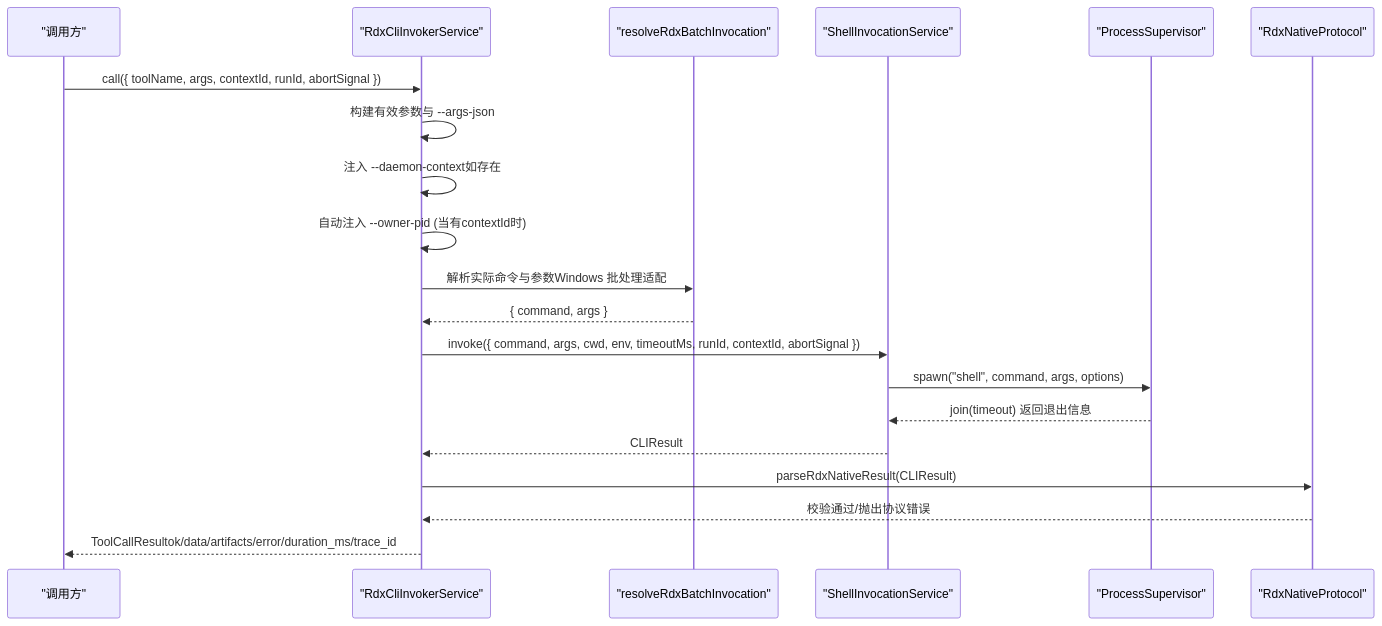
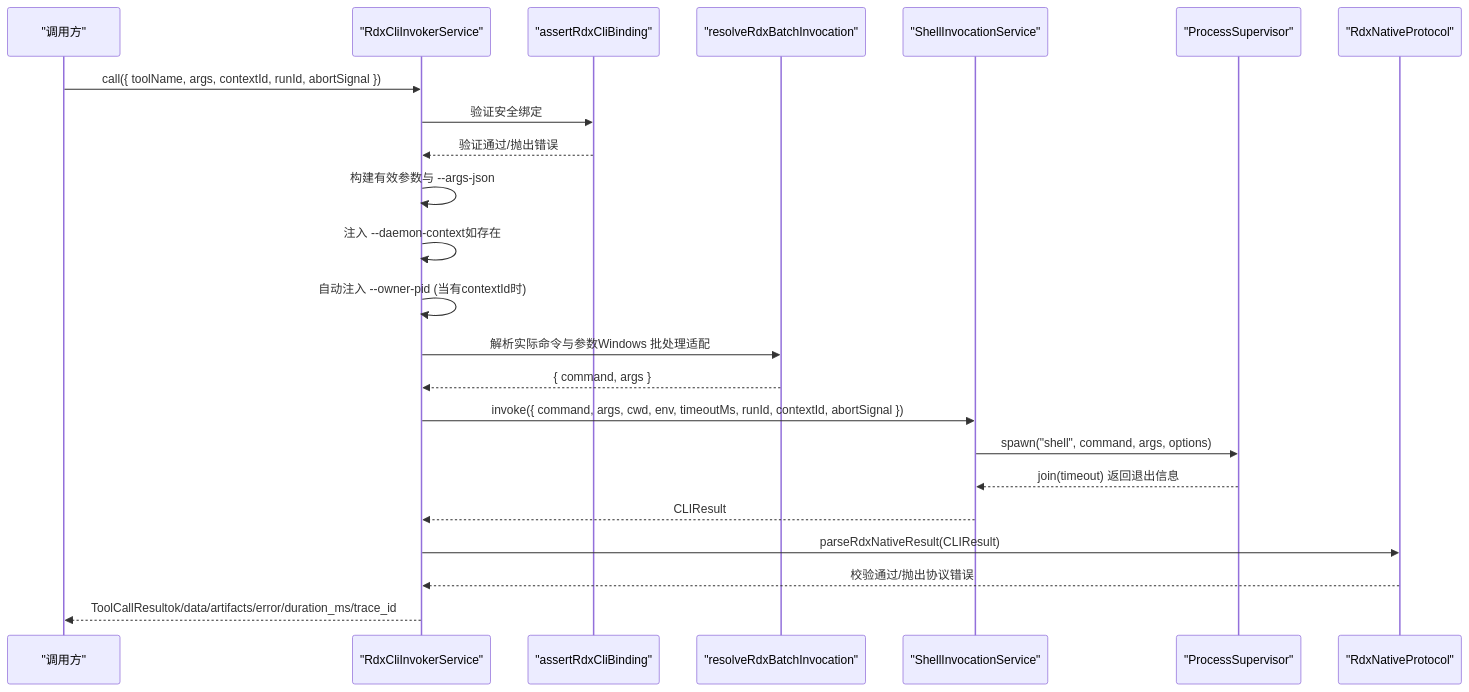
The second of 7 diagrams in .qoder/repowiki/zh/content/核心模块/工具系统/RDX CLI 调用器.md (haolange/RDC-Agent), drawn with Mermaid before and after one commit. The commit also changed other lines of this file and 85 other files, not shown here.

````diff
--- a/.qoder/repowiki/zh/content/核心模块/工具系统/RDX CLI 调用器.md
+++ b/.qoder/repowiki/zh/content/核心模块/工具系统/RDX CLI 调用器.md
@@ -94,22 +104,25 @@
 ```mermaid
 sequenceDiagram
 participant Caller as "调用方"
 participant Service as "RdxCliInvokerService"
+participant Validator as "assertRdxCliBinding"
 participant Resolver as "resolveRdxBatchInvocation"
 participant Shell as "ShellInvocationService"
 participant Proc as "ProcessSupervisor"
 participant Protocol as "RdxNativeProtocol"
 Caller->>Service : call({ toolName, args, contextId, runId, abortSignal })
+Service->>Validator : 验证安全绑定
+Validator-->>Service : 验证通过/抛出错误
 Service->>Service : 构建有效参数与 --args-json
 Service->>Service : 注入 --daemon-context如存在
 Service->>Service : 自动注入 --owner-pid (当有contextId时)
 Service->>Resolver : 解析实际命令与参数Windows 批处理适配
 Resolver-->>Service : { command, args }
 Service->>Shell : invoke({ command, args, cwd, env, timeoutMs, runId, contextId, abortSignal })
 Shell->>Proc : spawn("shell", command, args, options)
 Proc-->>Shell : join(timeout) 返回退出信息
 Shell-->>Service : CLIResult
 Service->>Protocol : parseRdxNativeResult(CLIResult)
 Protocol-->>Service : 校验通过/抛出协议错误
 Service-->>Caller : ToolCallResultok/data/artifacts/error/duration_ms/trace_id
 ```
````
